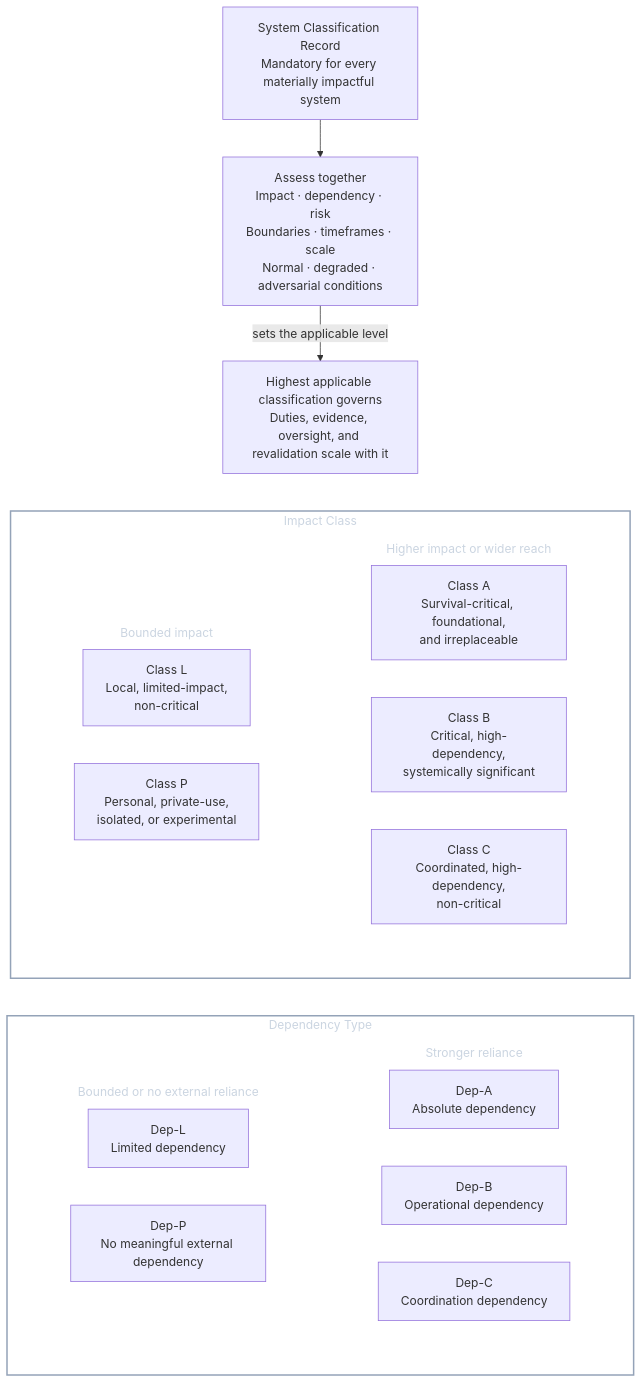
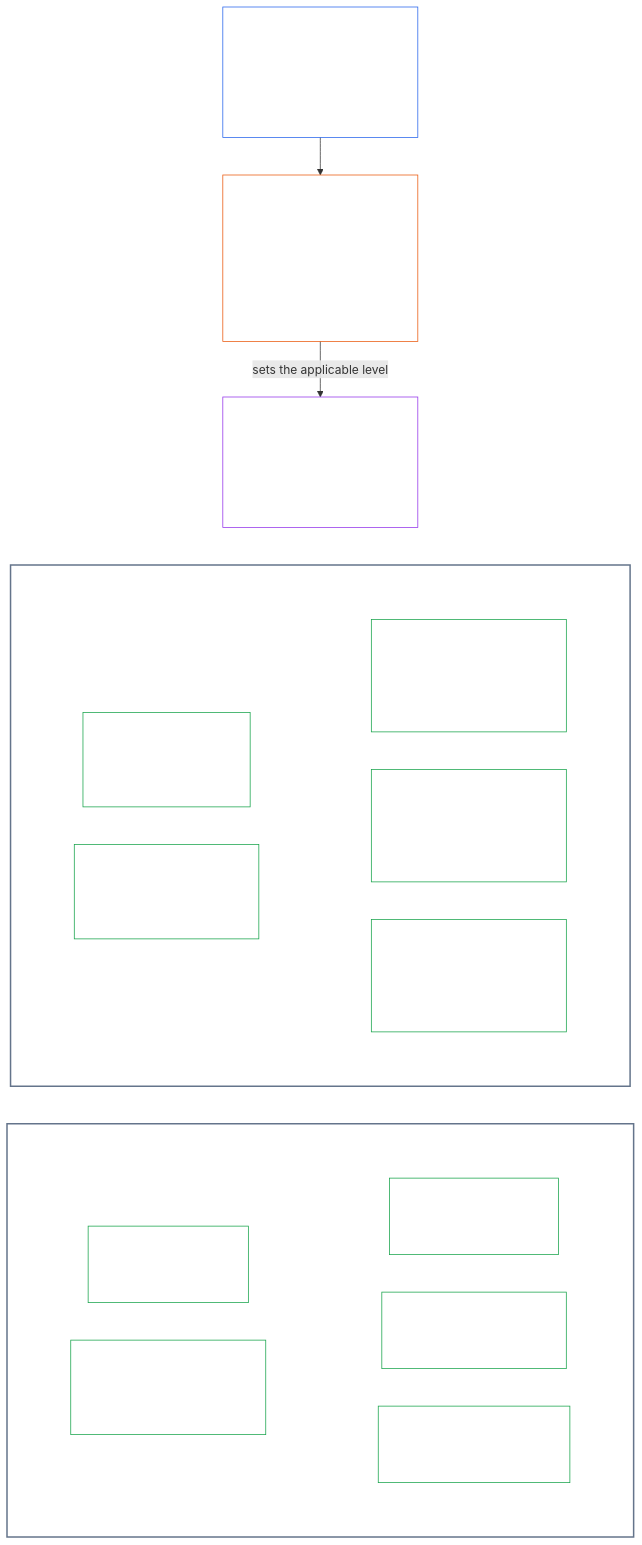
The tenth of 20 diagrams in CONCEPTUAL_OVERVIEW.md (kfoelsch/Sentient_Constitution), drawn with Mermaid before and after one commit. The commit also changed other lines of this file and 22 other files, not shown here.

````diff
--- a/CONCEPTUAL_OVERVIEW.md
+++ b/CONCEPTUAL_OVERVIEW.md
@@ -412,44 +479,57 @@
 ```mermaid
 flowchart TB
-    R["System Classification Record<br/>Mandatory for every materially impactful system"]
-    Assess["Assess together<br/>Impact · dependency · risk<br/>Boundaries · timeframes · scale<br/>Normal · degraded · adversarial conditions"]
-    Outcome["Highest applicable classification governs<br/>Duties, evidence, oversight, and revalidation scale with it"]
+    R["System Classification Record<br/><br/>Mandatory for every materially impactful system"]
+    Assess["Assess together<br/><br/>Impact · dependency · risk<br/>Boundaries · timeframes · scale<br/>Normal · degraded · adversarial conditions"]
+    Outcome["Highest applicable classification governs<br/><br/>Duties, evidence, oversight, and revalidation scale with it"]
     subgraph ImpactBand["Impact Class"]
         direction TB
         subgraph ImpactRow1["Higher impact or wider reach"]
             direction LR
-            A["Class A<br/>Survival-critical, foundational,<br/>and irreplaceable"]
-            B["Class B<br/>Critical, high-dependency,<br/>systemically significant"]
-            C["Class C<br/>Coordinated, high-dependency,<br/>non-critical"]
+            A["Class A<br/><br/>Survival-critical, foundational,<br/>and irreplaceable"]
+            B["Class B<br/><br/>Critical, high-dependency,<br/>systemically significant"]
+            C["Class C<br/><br/>Coordinated, high-dependency,<br/>non-critical"]
         end
         subgraph ImpactRow2["Bounded impact"]
             direction LR
-            L["Class L<br/>Local, limited-impact,<br/>non-critical"]
-            P["Class P<br/>Personal, private-use,<br/>isolated, or experimental"]
+            L["Class L<br/><br/>Local, limited-impact,<br/>non-critical"]
+            P["Class P<br/><br/>Personal, private-use,<br/>isolated, or experimental"]
         end
     end
     subgraph Dependency["Dependency Type"]
         direction TB
         subgraph DependencyRow1["Stronger reliance"]
             direction LR
-            DA["Dep-A<br/>Absolute dependency"]
-            DB["Dep-B<br/>Operational dependency"]
-            DC["Dep-C<br/>Coordination dependency"]
+            DA["Dep-A<br/><br/>Absolute dependency"]
+            DB["Dep-B<br/><br/>Operational dependency"]
+            DC["Dep-C<br/><br/>Coordination dependency"]
         end
         subgraph DependencyRow2["Bounded or no external reliance"]
             direction LR
-            DL["Dep-L<br/>Limited dependency"]
-            DP["Dep-P<br/>No meaningful external dependency"]
+            DL["Dep-L<br/><br/>Limited dependency"]
+            DP["Dep-P<br/><br/>No meaningful external dependency"]
         end
     end
     R --> Assess
     Assess -->|sets the applicable level| Outcome
     Outcome ~~~ ImpactBand
     ImpactBand ~~~ Dependency
-    style ImpactBand fill:transparent,stroke:#94a3b8,stroke-width:2px,color:#cbd5e1
-    style Dependency fill:transparent,stroke:#94a3b8,stroke-width:2px,color:#cbd5e1
-    style ImpactRow1 fill:none,stroke:none,color:#cbd5e1
-    style ImpactRow2 fill:none,stroke:none,color:#cbd5e1
-    style DependencyRow1 fill:none,stroke:none,color:#cbd5e1
-    style DependencyRow2 fill:none,stroke:none,color:#cbd5e1
+    style ImpactBand fill:none,stroke:#64748b,stroke-width:2px,color:#ffffff
+    style Dependency fill:none,stroke:#64748b,stroke-width:2px,color:#ffffff
+    style ImpactRow1 fill:none,stroke:none,color:#ffffff
+    style ImpactRow2 fill:none,stroke:none,color:#ffffff
+    style DependencyRow1 fill:none,stroke:none,color:#ffffff
+    style DependencyRow2 fill:none,stroke:none,color:#ffffff
+    style R fill:none,stroke:#2563eb,color:#ffffff
+    style Assess fill:none,stroke:#ea580c,color:#ffffff
+    style Outcome fill:none,stroke:#9333ea,color:#ffffff
+    style A fill:none,stroke:#16a34a,color:#ffffff
+    style B fill:none,stroke:#16a34a,color:#ffffff
+    style C fill:none,stroke:#16a34a,color:#ffffff
+    style L fill:none,stroke:#16a34a,color:#ffffff
+    style P fill:none,stroke:#16a34a,color:#ffffff
+    style DA fill:none,stroke:#16a34a,color:#ffffff
+    style DB fill:none,stroke:#16a34a,color:#ffffff
+    style DC fill:none,stroke:#16a34a,color:#ffffff
+    style DL fill:none,stroke:#16a34a,color:#ffffff
+    style DP fill:none,stroke:#16a34a,color:#ffffff
 ```
````
